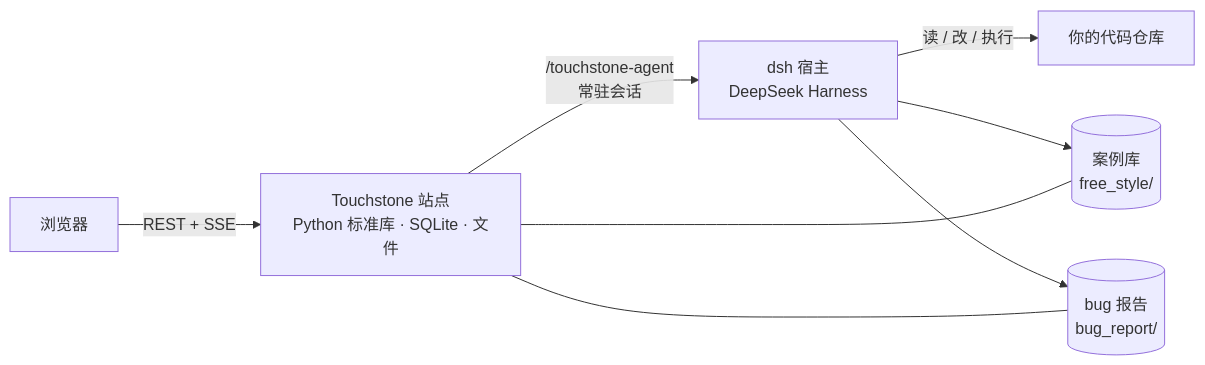
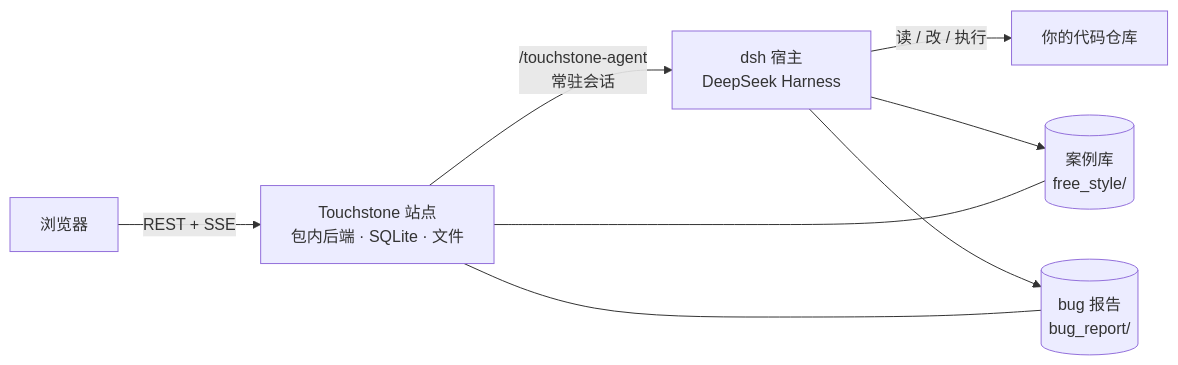
Before and after one commit to gavinc-cn/touchstone-dsh: the diagram in README.zh.md, drawn with Mermaid. The commit also changed other lines of this file and 16 other files, not shown here.

````diff
--- a/README.zh.md
+++ b/README.zh.md
@@ -79,10 +239,10 @@
 ```mermaid
 flowchart LR
-  U[浏览器] -->|REST + SSE| S["Touchstone 站点<br/>Python 标准库 · SQLite · 文件"]
+  U[浏览器] -->|REST + SSE| S["Touchstone 站点<br/>包内后端 · SQLite · 文件"]
   S -->|"/touchstone-agent<br/>常驻会话"| D["dsh 宿主<br/>DeepSeek Harness"]
   D -->|"读 / 改 / 执行"| R["你的代码仓库"]
   D --> C[("案例库<br/>free_style/")]
   D --> B[("bug 报告<br/>bug_report/")]
   S --- C
   S --- B
 ```
````
